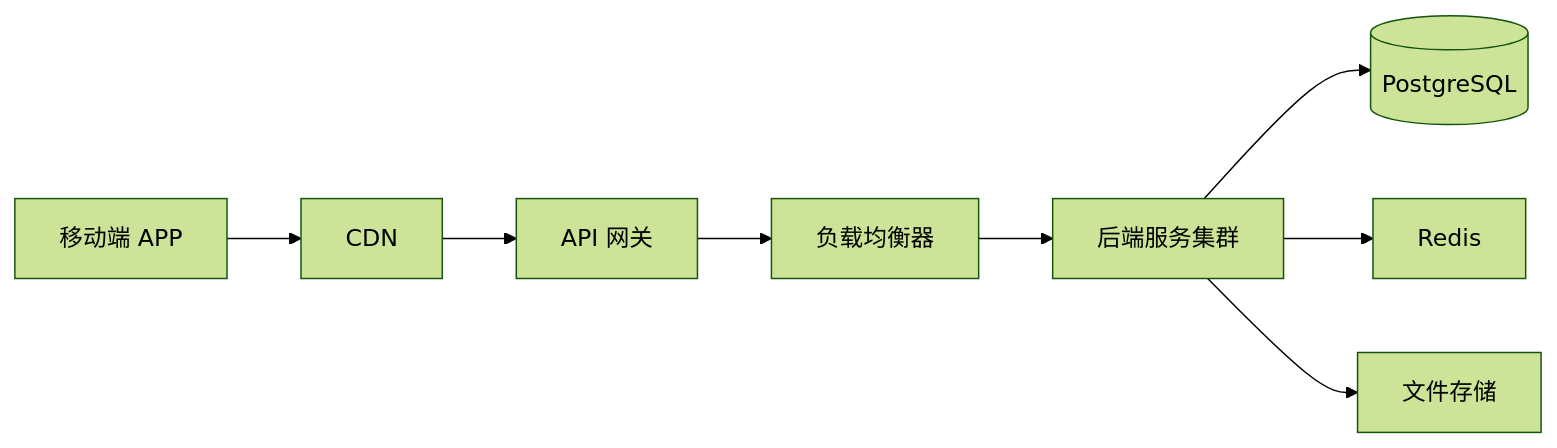
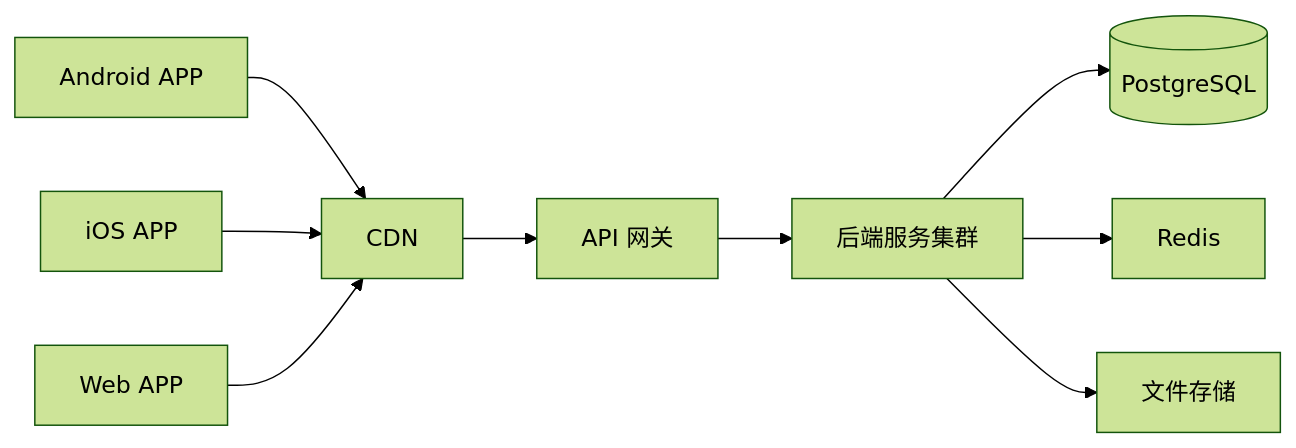
The fourth of 4 diagrams in .monkeycode/specs/2026-03-23-force-learning-system/design.md (stomyrose/xuexizhushou-), drawn with Mermaid (forest theme) before and after one commit. The commit also changed other lines of this file, not shown here.

Commit message:
docs: 确认支持 Web 端，Flutter 跨平台架构 Co-authored-by: monkeycode-ai <monkeycode-ai@chaitin.com>

````diff
--- a/.monkeycode/specs/2026-03-23-force-learning-system/design.md
+++ b/.monkeycode/specs/2026-03-23-force-learning-system/design.md
@@ -419,10 +435,11 @@
 ```mermaid
 graph LR
-    A[移动端 APP] --> B[CDN]
-    B --> C[API 网关]
-    C --> D[负载均衡器]
-    D --> E[后端服务集群]
-    E --> F[(PostgreSQL)]
-    E --> G[Redis]
-    E --> H[文件存储]
+    A[Android APP] --> B[CDN]
+    C[iOS APP] --> B
+    D[Web APP] --> B
+    B --> E[API 网关]
+    E --> F[后端服务集群]
+    F --> G[(PostgreSQL)]
+    F --> H[Redis]
+    F --> I[文件存储]
 ```
````
